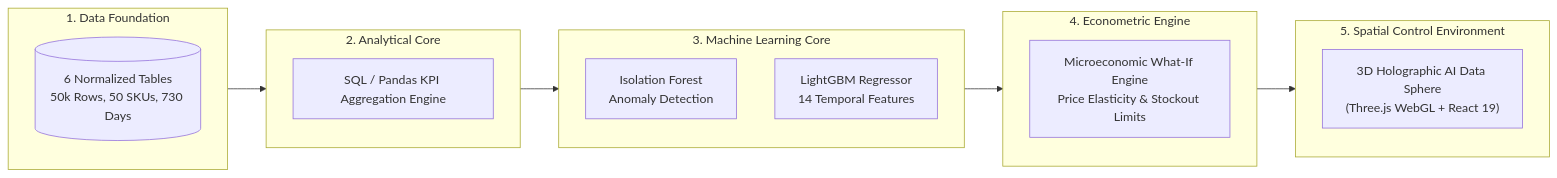
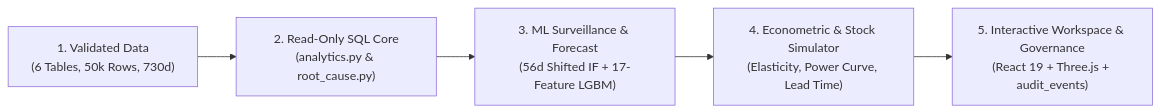
One commit to NguyenTriBaoThang/DecisionPilotAI changed the diagram in docs/research-proposal.md. Above: the diagram before and after it, drawn with Mermaid. The commit also changed other lines of this file and 62 other files, not shown here.

````diff
--- a/docs/research-proposal.md
+++ b/docs/research-proposal.md
@@ -38,28 +30,7 @@
 ```mermaid
 flowchart LR
-    subgraph Data["1. Data Foundation"]
-        DB[("6 Normalized Tables<br/>50k Rows, 50 SKUs, 730 Days")]
-    end
-    
-    subgraph Analytical["2. Analytical Core"]
-        SQL["SQL / Pandas KPI Aggregation Engine"]
-    end
-    
-    subgraph ML["3. Machine Learning Core"]
-        IF["Isolation Forest<br/>Anomaly Detection"]
-        LGBM["LightGBM Regressor<br/>14 Temporal Features"]
-    end
-    
-    subgraph Econometric["4. Econometric Engine"]
-        Sim["Microeconomic What-If Engine<br/>Price Elasticity & Stockout Limits"]
-    end
-    
-    subgraph SpatialUI["5. Spatial Control Environment"]
-        Three["3D Holographic AI Data Sphere<br/>(Three.js WebGL + React 19)"]
-    end
-    
-    Data --> Analytical
-    Analytical --> ML
-    ML --> Econometric
-    Econometric --> SpatialUI
+    Data["1. Validated Data<br/>(6 Tables, 50k Rows, 730d)"] --> Core["2. Read-Only SQL Core<br/>(analytics.py & root_cause.py)"]
+    Core --> ML["3. ML Surveillance & Forecast<br/>(56d Shifted IF + 17-Feature LGBM)"]
+    ML --> Sim["4. Econometric & Stock Simulator<br/>(Elasticity, Power Curve, Lead Time)"]
+    Sim --> Spatial["5. Interactive Workspace & Governance<br/>(React 19 + Three.js + audit_events)"]
 ```
````
